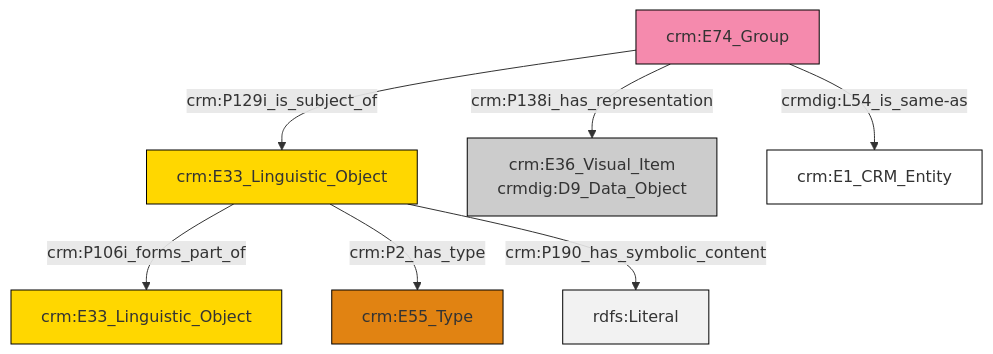
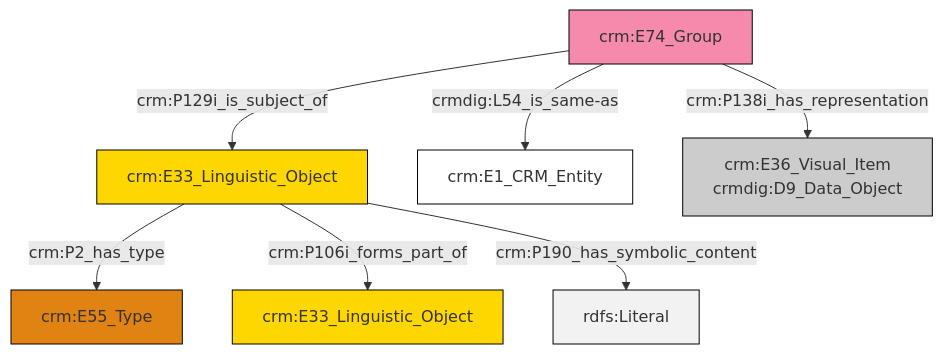
One commit to swiss-art-research-net/reference-data-models changed the diagram in et/groupCSV/ttl/mmd/group_documentation.ttl.mmd. Above: the diagram before and after it, drawn with Mermaid. The commit also changed 128 other files, not shown here.

```diff
--- a/et/groupCSV/ttl/mmd/group_documentation.ttl.mmd
+++ b/et/groupCSV/ttl/mmd/group_documentation.ttl.mmd
@@ -1,21 +1,21 @@
 graph TD
 classDef Literal fill:#f2f2f2,stroke:#000000;
 classDef CRM_Entity fill:#FFFFFF,stroke:#000000;
 classDef Temporal_Entity fill:#00C9E6, stroke:#000000;
 classDef Type fill:#E18312, stroke:#000000;
 classDef Time-Span fill:#2C9C91, stroke:#000000;
 classDef Appellation fill:#FFEB7F, stroke:#000000;
 classDef Place fill:#008836, stroke:#000000;
 classDef Persistent_Item fill:#B266B2, stroke:#000000;
 classDef Conceptual_Object fill:#FFD700, stroke:#000000;
 classDef Physical_Thing fill:#D2B48C, stroke:#000000;
 classDef Actor fill:#f58aad, stroke:#000000;
 classDef PC_Classes fill:#4ce600, stroke:#000000;
 classDef Multi fill:#cccccc,stroke:#000000;
 
-0["crm:E33_Linguistic_Object"]:::Conceptual_Object -->|crm:P106i_forms_part_of| 1["crm:E33_Linguistic_Object"]:::Conceptual_Object
-2["crm:E74_Group"]:::Actor -->|crm:P138i_has_representation| 3["crm:E36_Visual_Item<br>crmdig:D9_Data_Object"]:::Multi
-2["crm:E74_Group"]:::Actor -->|crmdig:L54_is_same-as| 4["crm:E1_CRM_Entity"]:::CRM_Entity
-0["crm:E33_Linguistic_Object"]:::Conceptual_Object -->|crm:P2_has_type| 9["crm:E55_Type"]:::Type
-2["crm:E74_Group"]:::Actor -->|crm:P129i_is_subject_of| 0["crm:E33_Linguistic_Object"]:::Conceptual_Object
-0["crm:E33_Linguistic_Object"]:::Conceptual_Object -->|crm:P190_has_symbolic_content| 12[rdfs:Literal]:::Literal
+2["crm:E33_Linguistic_Object"]:::Conceptual_Object -->|crm:P2_has_type| 0["crm:E55_Type"]:::Type
+3["crm:E74_Group"]:::Actor -->|crmdig:L54_is_same-as| 4["crm:E1_CRM_Entity"]:::CRM_Entity
+3["crm:E74_Group"]:::Actor -->|crm:P129i_is_subject_of| 2["crm:E33_Linguistic_Object"]:::Conceptual_Object
+3["crm:E74_Group"]:::Actor -->|crm:P138i_has_representation| 7["crm:E36_Visual_Item<br>crmdig:D9_Data_Object"]:::Multi
+2["crm:E33_Linguistic_Object"]:::Conceptual_Object -->|crm:P106i_forms_part_of| 12["crm:E33_Linguistic_Object"]:::Conceptual_Object
+2["crm:E33_Linguistic_Object"]:::Conceptual_Object -->|crm:P190_has_symbolic_content| 14[rdfs:Literal]:::Literal
```
